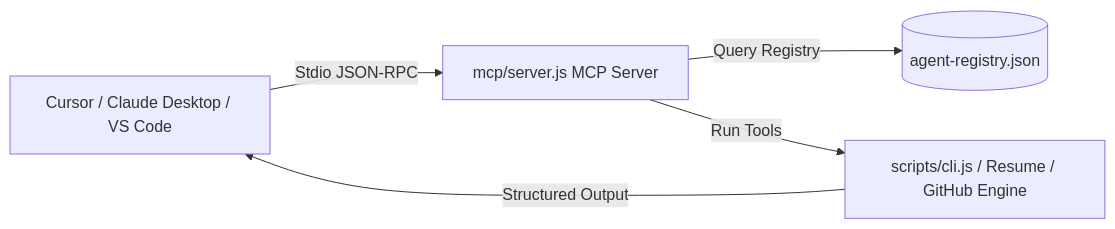
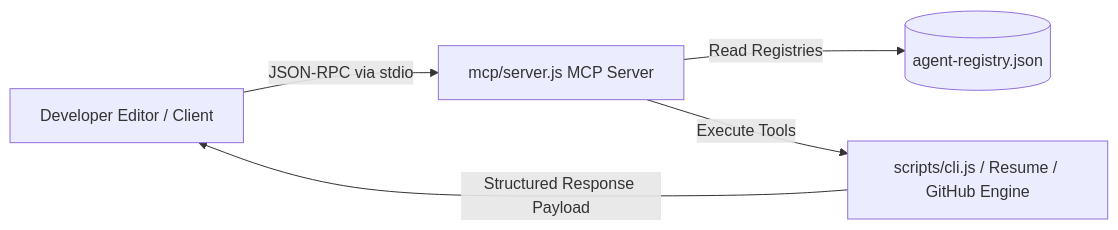
One commit to karthikrshet/Career-Agents changed the second of 2 diagrams in README.md. Above: the diagram before and after it, drawn with Mermaid. The commit also changed other lines of this file and 28 other files, not shown here.

````diff
--- a/README.md
+++ b/README.md
@@ -151,7 +720,7 @@
 ```mermaid
 graph LR
-    IDE[Cursor / Claude Desktop / VS Code] -->|Stdio JSON-RPC| MCPServer[mcp/server.js MCP Server]
-    MCPServer -->|Query Registry| Registry[(agent-registry.json)]
-    MCPServer -->|Run Tools| Tools[scripts/cli.js / Resume / GitHub Engine]
-    Tools -->|Structured Output| IDE
+    IDE[Developer Editor / Client] -->|JSON-RPC via stdio| MCPServer[mcp/server.js MCP Server]
+    MCPServer -->|Read Registries| Registry[(agent-registry.json)]
+    MCPServer -->|Execute Tools| CoreScripts[scripts/cli.js / Resume / GitHub Engine]
+    CoreScripts -->|Structured Response Payload| IDE
 ```
````
